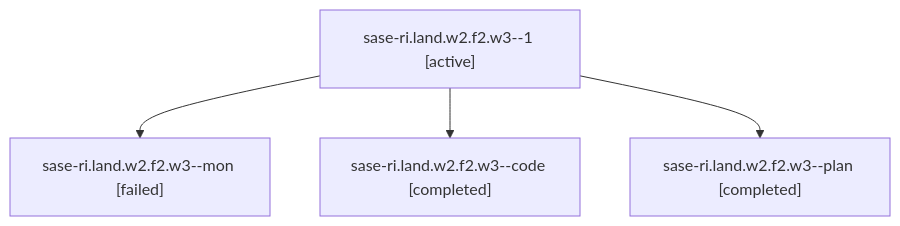
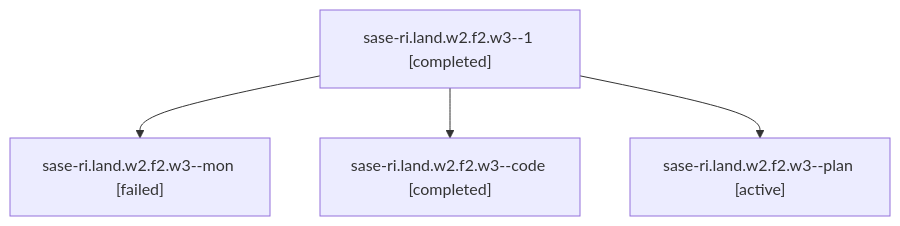
Before and after one commit to sase-org/sase--agents: the diagram in families/bbugyi200.athena.sase-ri.land.w2.f2.w3.md, drawn with Mermaid. The commit also changed other lines of this file and 35830 other files, not shown here.

````diff
--- a/families/bbugyi200.athena.sase-ri.land.w2.f2.w3.md
+++ b/families/bbugyi200.athena.sase-ri.land.w2.f2.w3.md
@@ -9,10 +9,10 @@
 ```mermaid
 flowchart TD
-  n0["sase-ri.land.w2.f2.w3--1 [active]"]
+  n0["sase-ri.land.w2.f2.w3--1 [completed]"]
   n1["sase-ri.land.w2.f2.w3--mon [failed]"]
   n0 --> n1
   n2["sase-ri.land.w2.f2.w3--code [completed]"]
   n0 --> n2
-  n3["sase-ri.land.w2.f2.w3--plan [completed]"]
+  n3["sase-ri.land.w2.f2.w3--plan [active]"]
   n0 --> n3
 ```
````
